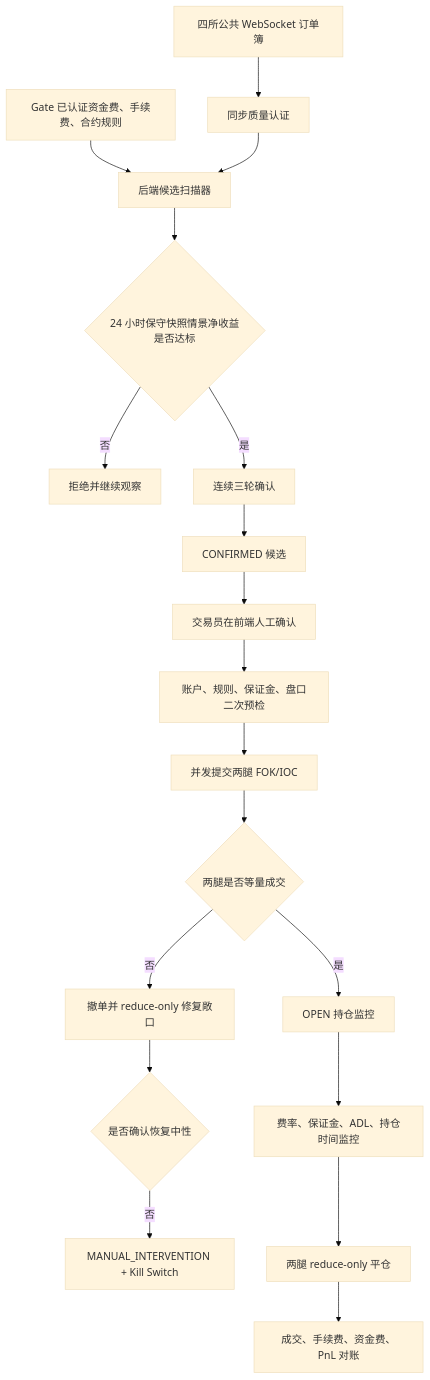
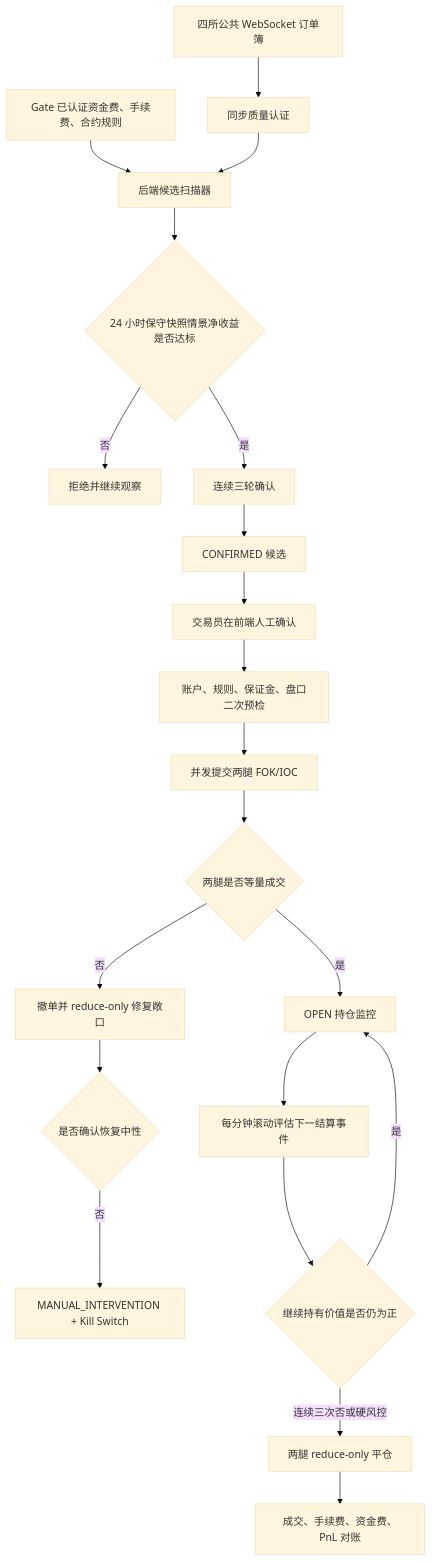
Before and after one commit to ShadowDawnTom/CrossQuant: the diagram in frontend/docs/FUNDING_ARBITRAGE_GUIDE_ZH.md, drawn with Mermaid (base theme). The commit also changed other lines of this file and 20 other files, not shown here.

````diff
--- a/frontend/docs/FUNDING_ARBITRAGE_GUIDE_ZH.md
+++ b/frontend/docs/FUNDING_ARBITRAGE_GUIDE_ZH.md
@@ -107,21 +107,23 @@
 ```mermaid
 flowchart TD
     A[四所公共 WebSocket 订单簿] --> C[同步质量认证]
     B[Gate 已认证资金费、手续费、合约规则] --> D[后端候选扫描器]
     C --> D
     D --> E{24 小时保守快照情景净收益是否达标}
     E -- 否 --> F[拒绝并继续观察]
     E -- 是 --> G[连续三轮确认]
     G --> H[CONFIRMED 候选]
     H --> I[交易员在前端人工确认]
     I --> J[账户、规则、保证金、盘口二次预检]
     J --> K[并发提交两腿 FOK/IOC]
     K --> L{两腿是否等量成交}
     L -- 是 --> M[OPEN 持仓监控]
     L -- 否 --> N[撤单并 reduce-only 修复敞口]
     N --> O{是否确认恢复中性}
     O -- 否 --> P[MANUAL_INTERVENTION + Kill Switch]
-    M --> Q[费率、保证金、ADL、持仓时间监控]
-    Q --> R[两腿 reduce-only 平仓]
+    M --> Q[每分钟滚动评估下一结算事件]
+    Q --> T{继续持有价值是否仍为正}
+    T -- 是 --> M
+    T -- 连续三次否或硬风控 --> R[两腿 reduce-only 平仓]
     R --> S[成交、手续费、资金费、PnL 对账]
 ```
````
